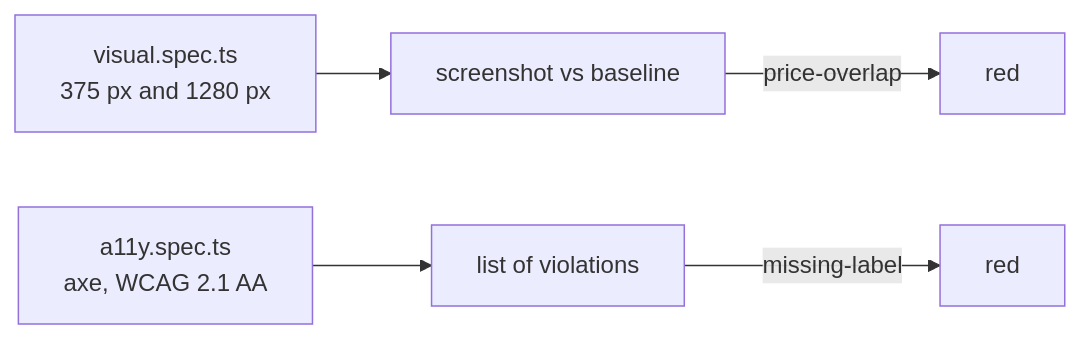
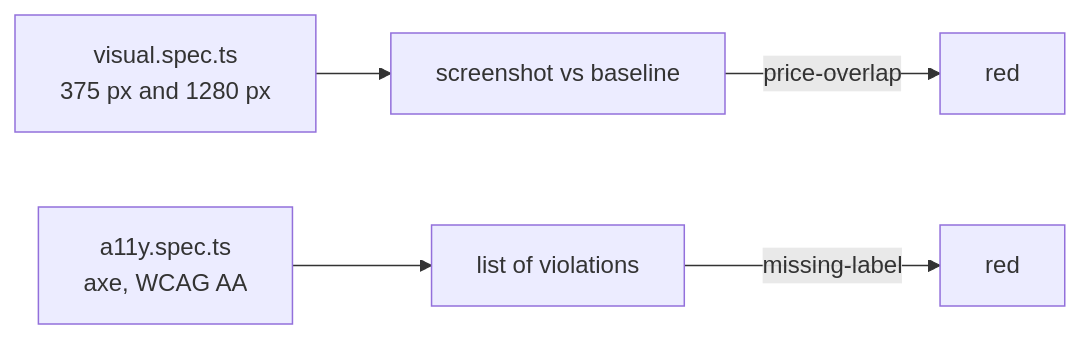
The diagram in parts/03-keep-the-suite-healthy/04-check-looks-and-access/problem/README.md (learnwithparam/agentic-qa-workshop), drawn with Mermaid before and after one commit. The commit also changed other lines of this file and 298 other files, not shown here.

````diff
--- a/parts/03-keep-the-suite-healthy/04-check-looks-and-access/problem/README.md
+++ b/parts/03-keep-the-suite-healthy/04-check-looks-and-access/problem/README.md
@@ -15,7 +7,7 @@
 ```mermaid
 flowchart LR
   V[visual.spec.ts<br/>375 px and 1280 px] --> S[screenshot vs baseline]
-  A[a11y.spec.ts<br/>axe, WCAG 2.1 AA] --> X[list of violations]
+  A[a11y.spec.ts<br/>axe, WCAG AA] --> X[list of violations]
   S -->|price-overlap| R1[red]
   X -->|missing-label| R2[red]
 ```
````
